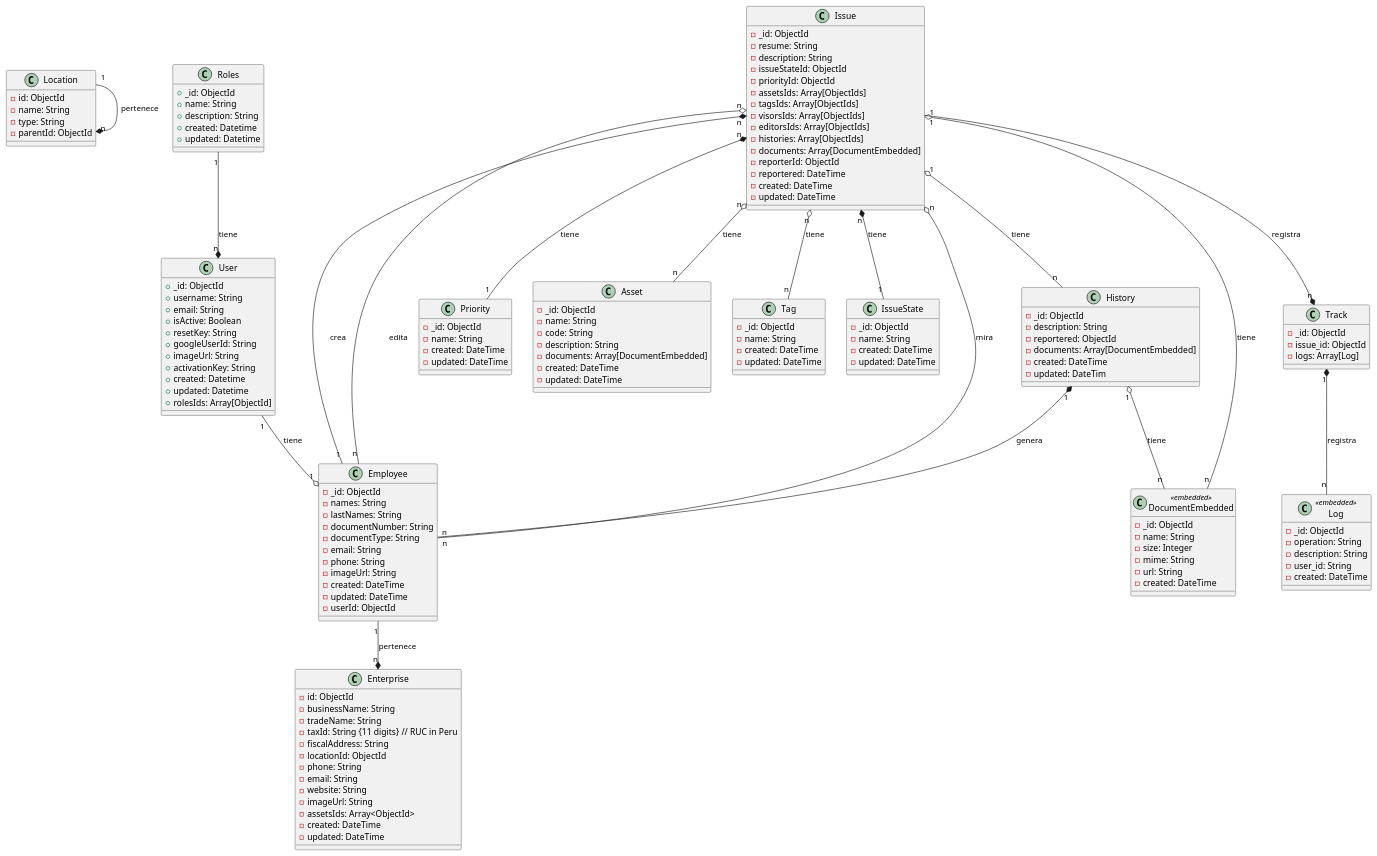
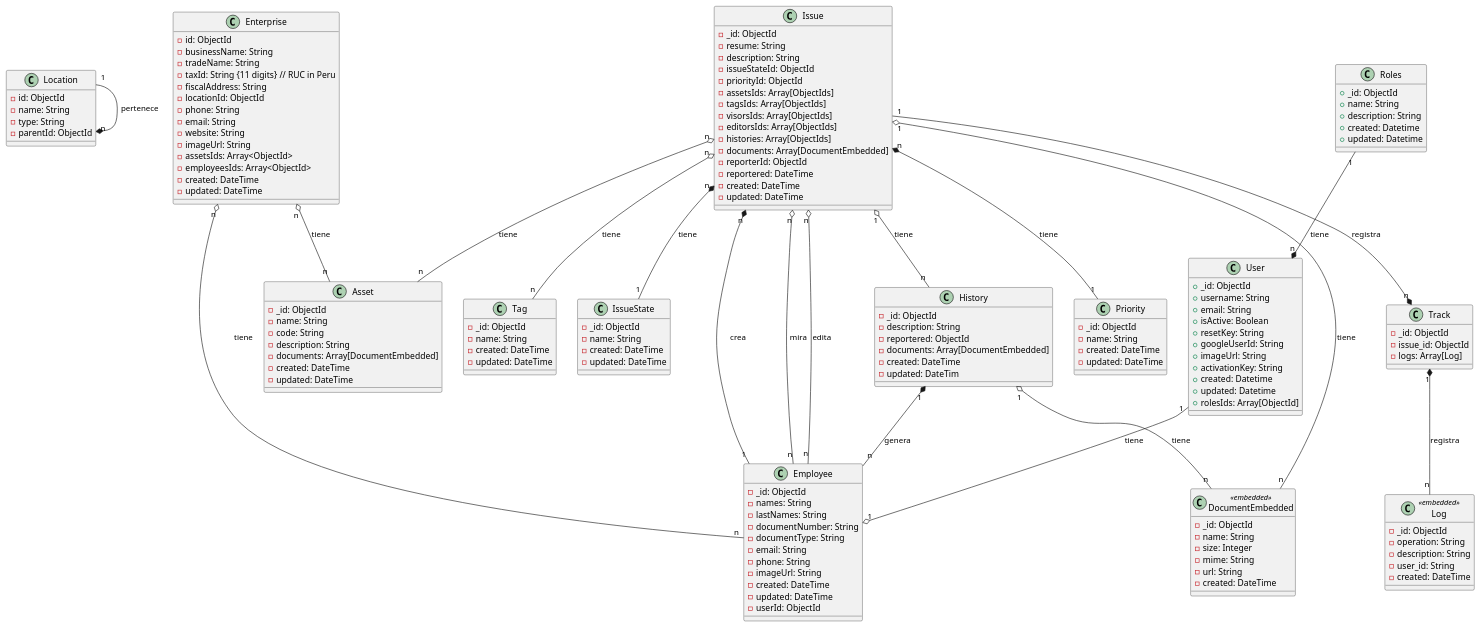
Before and after one commit to pepeul1191/django-mongodb-tickets: the diagram in docs/class diagram.puml, drawn with PlantUML. The commit also changed 8 other files, not shown here.

```diff
--- a/docs/class diagram.puml
+++ b/docs/class diagram.puml
@@ -1,164 +1,165 @@
 @startuml
 
 
 class Location {
   - id: ObjectId
   - name: String
   - type: String
   - parentId: ObjectId
 }
 
 Location "1" --* "n" Location : pertenece
 
 class Enterprise {
   - id: ObjectId
   - businessName: String
   - tradeName: String
   - taxId: String {11 digits} // RUC in Peru
   - fiscalAddress: String
   - locationId: ObjectId
   - phone: String
   - email: String
   - website: String
   - imageUrl: String
   - assetsIds: Array<ObjectId>
+  - employeesIds: Array<ObjectId>
   - created: DateTime
   - updated: DateTime
 }
 
 class Employee {
   - _id: ObjectId
   - names: String
   - lastNames: String
   - documentNumber: String
   - documentType: String
   - email: String
   - phone: String
   - imageUrl: String
   - created: DateTime
   - updated: DateTime
   - userId: ObjectId
 }
-
-Employee "1" --* "n" Enterprise : pertenece
 
 class Priority {
   - _id: ObjectId
   - name: String
   - created: DateTime
   - updated: DateTime
 }
 
 class Asset {
   - _id: ObjectId
   - name: String
   - code: String
   - description: String
   - documents: Array[DocumentEmbedded]
   - created: DateTime
   - updated: DateTime
 }
 
 class Tag{
   - _id: ObjectId
   - name: String
   - created: DateTime
   - updated: DateTime
 }
 
 class IssueState {
   - _id: ObjectId
   - name: String
   - created: DateTime
   - updated: DateTime
 }
 
 class Issue {
   - _id: ObjectId
   - resume: String
   - description: String
   - issueStateId: ObjectId
   - priorityId: ObjectId
   - assetsIds: Array[ObjectIds]
   - tagsIds: Array[ObjectIds]
   - visorsIds: Array[ObjectIds]
   - editorsIds: Array[ObjectIds]
   - histories: Array[ObjectIds]
   - documents: Array[DocumentEmbedded]
   - reporterId: ObjectId
   - reportered: DateTime
   - created: DateTime
   - updated: DateTime
 }
 
 class History {
   - _id: ObjectId
   - description: String
   - reportered: ObjectId
   - documents: Array[DocumentEmbedded]
   - created: DateTime
   - updated: DateTim
 }
 
 class DocumentEmbedded <<embedded>>{
   - _id: ObjectId
   - name: String
   - size: Integer
   - mime: String
   - url: String
   - created: DateTime
 }
 
 class Track {
   - _id: ObjectId
   - issue_id: ObjectId
   - logs: Array[Log]
 }
 
 class Log <<embedded>>{
   - _id: ObjectId
   - operation: String
   - description: String
   - user_id: String
   - created: DateTime
 }
 
 class User {
   + _id: ObjectId
   + username: String
   + email: String
   + isActive: Boolean
   + resetKey: String
   + googleUserId: String
   + imageUrl: String
   + activationKey: String
   + created: Datetime
   + updated: Datetime
   + rolesIds: Array[ObjectId]
 }
 
 class Roles {
   + _id: ObjectId
   + name: String
   + description: String
   + created: Datetime
   + updated: Datetime
 }
 
+Enterprise "n" o-- "n" Asset : tiene
+Enterprise "n" o-- "n" Employee : tiene
 Issue "n" *-- "1" Employee : crea
 Issue "n" o-- "n" Employee : mira
 Issue "n" o-- "n" Employee : edita
 Issue "n" *-- "1" IssueState : tiene
 Issue "n" *-- "1" Priority : tiene
 Issue "n" o-- "n" Asset : tiene
 Issue "n" o-- "n" Tag : tiene
 Issue "1" o-- "n" History : tiene
 Issue "1" o-- "n" DocumentEmbedded : tiene
 History "1" o-- "n" DocumentEmbedded : tiene
 History "1" *-- "n" Employee : genera
 Track "1" *-- "n" Log : registra
 Issue "1" --* "n" Track : registra
 Roles "1" --* "n" User : tiene
 User "1" --o "1" Employee : tiene
 
 @enduml
```
